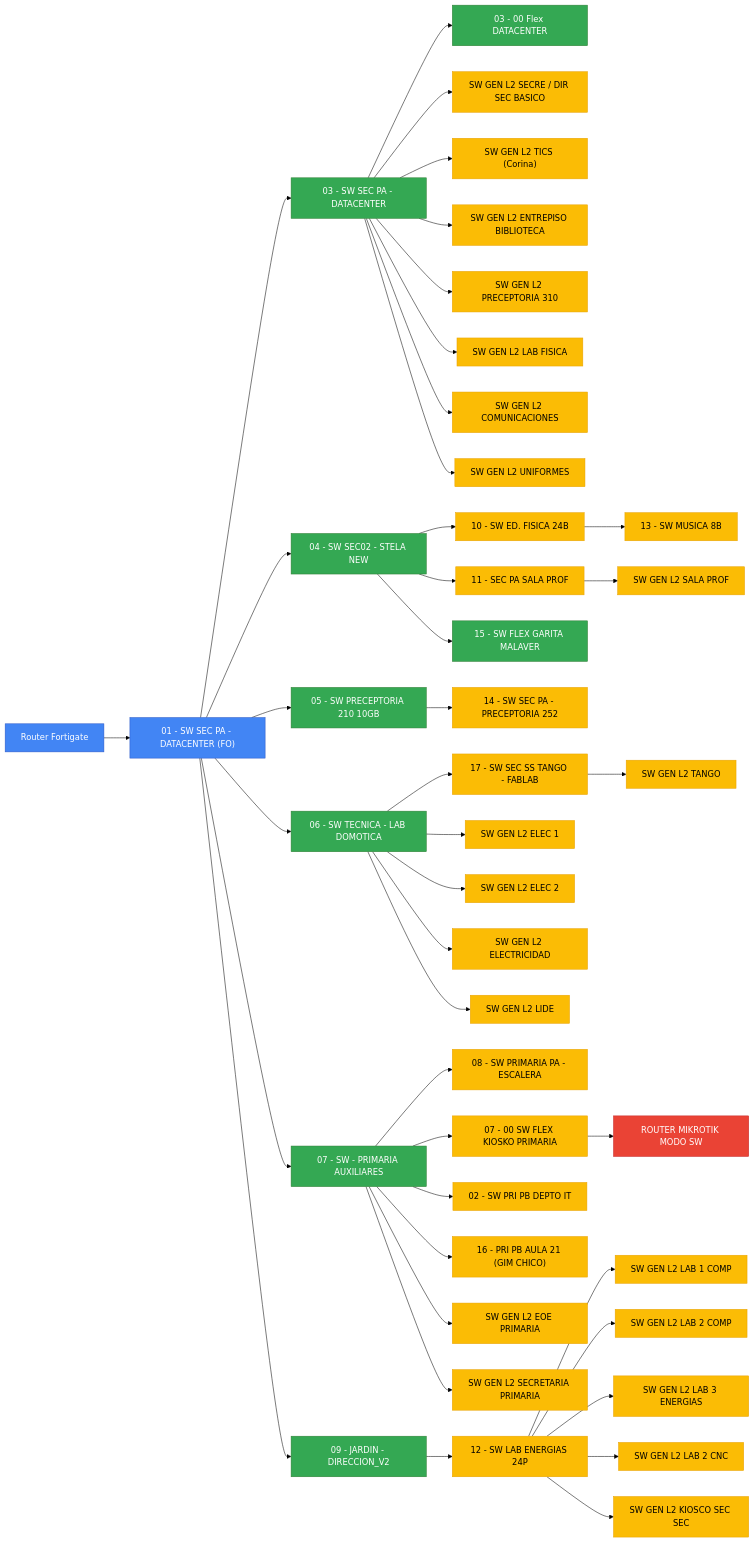
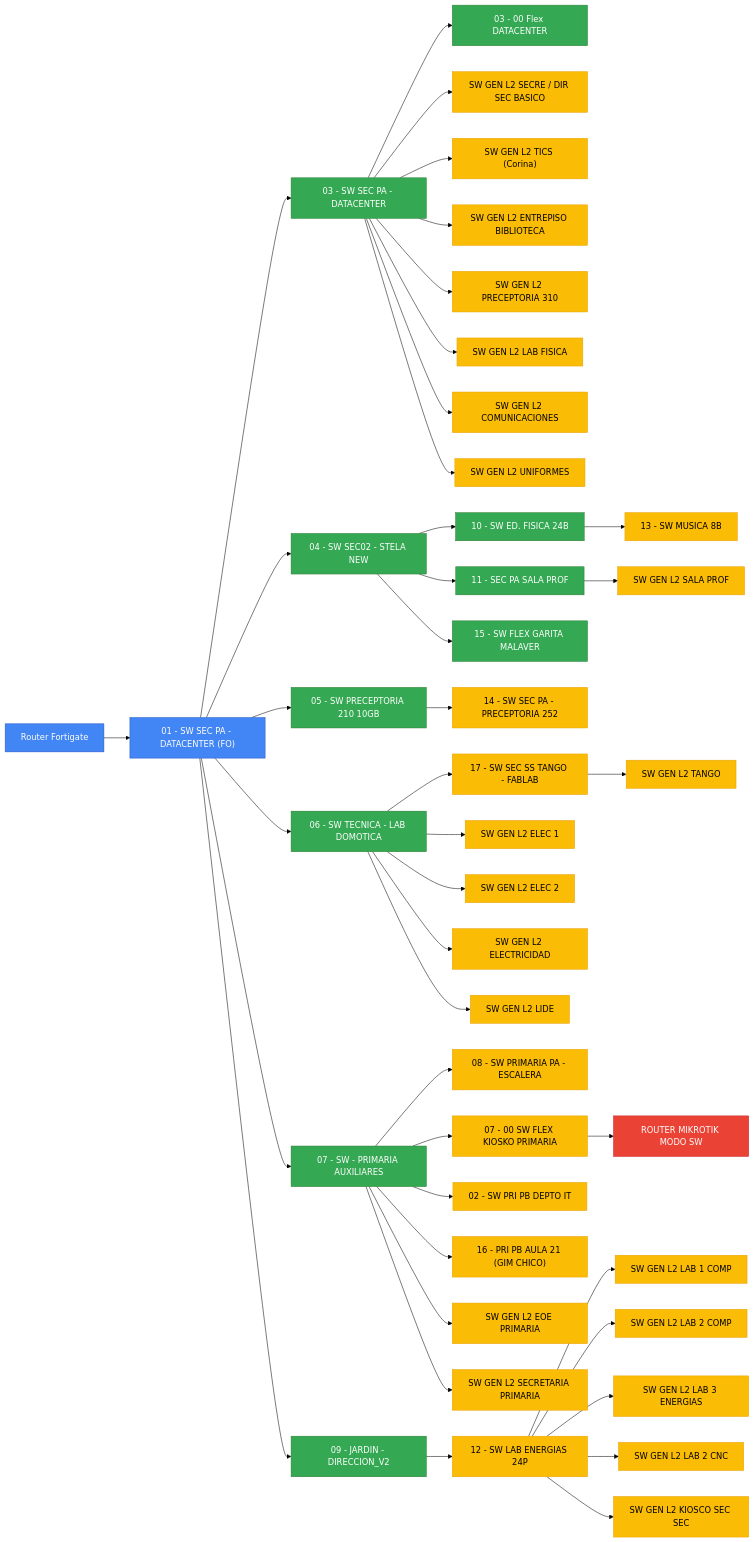
One commit to carlostcba/Topologia-LSF changed the diagram in README.md. Above: the diagram before and after it, drawn with Mermaid (forest theme).

````diff
--- a/README.md
+++ b/README.md
@@ -2,58 +2,58 @@
 ```mermaid
 flowchart LR
     classDef core fill:#4285F4,stroke:#2A56C6,color:white;
     classDef distribucion fill:#34A853,stroke:#2E7D32,color:white;
     classDef acceso fill:#FBBC05,stroke:#E8A203,color:black;
     classDef especial fill:#EA4335,stroke:#C62828,color:white;
 
     RF[Router Fortigate] --> C01["01 - SW SEC PA - DATACENTER (FO)"]
     C01 --> S03["03 - SW SEC PA - DATACENTER"]
     S03 --> F03["03 - 00 Flex DATACENTER"]
     S03 --> S031["SW GEN L2 SECRE / DIR SEC BASICO"]
     S03 --> S032["SW GEN L2 TICS (Corina)"]
     S03 --> S033["SW GEN L2 ENTREPISO BIBLIOTECA"]
     S03 --> S034["SW GEN L2 PRECEPTORIA 310"]
     S03 --> S035["SW GEN L2 LAB FISICA"]
     S03 --> S036["SW GEN L2 COMUNICACIONES"]
     S03 --> S037["SW GEN L2 UNIFORMES"]
 
     C01 --> S04["04 - SW SEC02 - STELA NEW"]
     S04 --> E10["10 - SW ED. FISICA 24B"]
     E10 --> M13["13 - SW MUSICA 8B"]
     S04 --> P11["11 - SEC PA SALA PROF"]
     P11 --> SPROF["SW GEN L2 SALA PROF"]
     S04 --> FLEX2["15 - SW FLEX GARITA MALAVER"]
 
     C01 --> S05["05 - SW PRECEPTORIA 210 10GB"]
     S05 --> P14["14 - SW SEC PA - PRECEPTORIA 252"]
 
     C01 --> S06["06 - SW TECNICA - LAB DOMOTICA"]
     S06 --> T17["17 - SW SEC SS TANGO - FABLAB"]
     T17 --> TANGO["SW GEN L2 TANGO"]
     S06 --> ELEC1["SW GEN L2 ELEC 1"]
     S06 --> ELEC2["SW GEN L2 ELEC 2"]
     S06 --> ELEC3["SW GEN L2 ELECTRICIDAD"]
     S06 --> LIDE["SW GEN L2 LIDE"]
 
     C01 --> S07["07 - SW - PRIMARIA AUXILIARES"]
     S07 --> P08["08 - SW PRIMARIA PA - ESCALERA"]
     S07 --> K07["07 - 00 SW FLEX KIOSKO PRIMARIA"]
     K07 --> RMIK["ROUTER MIKROTIK MODO SW"]
     S07 --> D02["02 - SW PRI PB DEPTO IT"]
     S07 --> G16["16 - PRI PB AULA 21 (GIM CHICO)"]
     S07 --> EOE["SW GEN L2 EOE PRIMARIA"]
     S07 --> SPRI["SW GEN L2 SECRETARIA PRIMARIA"]
 
     C01 --> S09["09 - JARDIN - DIRECCION_V2"]
     S09 --> L12["12 - SW LAB ENERGIAS 24P"]
     L12 --> LC1["SW GEN L2 LAB 1 COMP"]
     L12 --> LC2["SW GEN L2 LAB 2 COMP"]
     L12 --> LE3["SW GEN L2 LAB 3 ENERGIAS"]
     L12 --> CNC["SW GEN L2 LAB 2 CNC"]
     L12 --> KSEC["SW GEN L2 KIOSCO SEC SEC"]
 
     class RF,C01 core;
-    class S03,S04,S05,S06,S07,S09,F03,FLEX1,FLEX2,P11 distribucion;
-    class S031,S032,S033,S034,S035,S036,S037,E10,M13,P11,P14,T17,SPROF,TANGO,ELEC1,ELEC2,ELEC3,LIDE,P08,K07,D02,G16,EOE,SPRI,L12,LC1,LC2,LE3,CNC,KSEC acceso;
+    class S03,S04,S05,S06,S07,S09,F03,FLEX1,FLEX2,P11,E10 distribucion;
+    class S031,S032,S033,S034,S035,S036,S037,,M13,P14,T17,SPROF,TANGO,ELEC1,ELEC2,ELEC3,LIDE,P08,K07,D02,G16,EOE,SPRI,L12,LC1,LC2,LE3,CNC,KSEC acceso;
     class RMIK especial;
 ```
````
